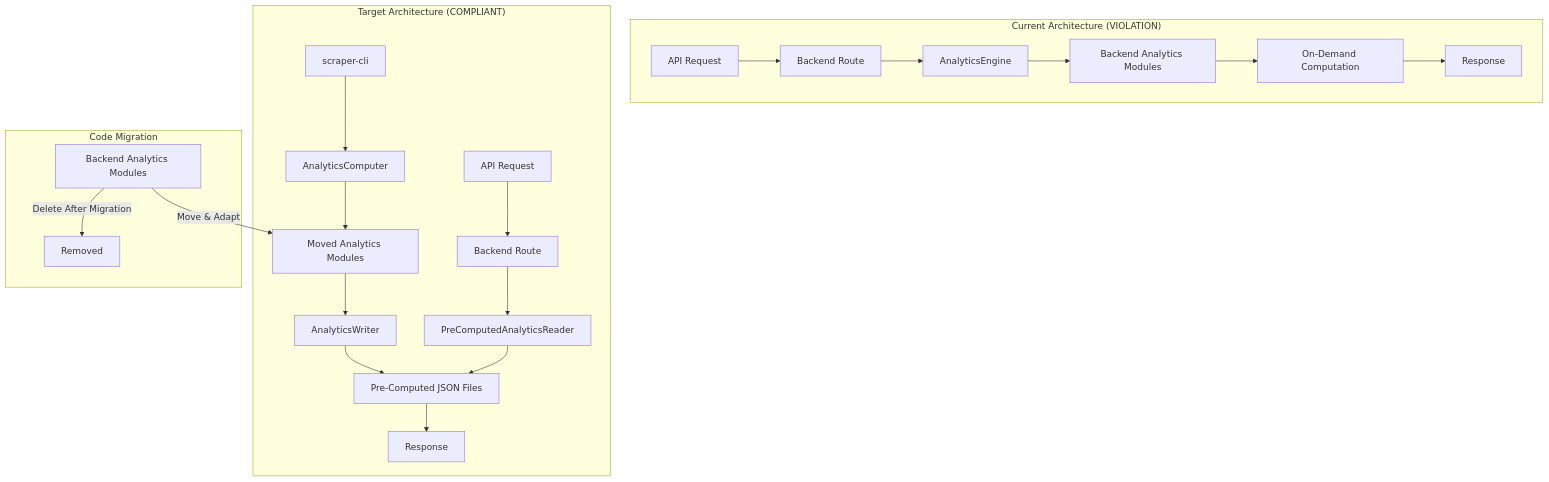
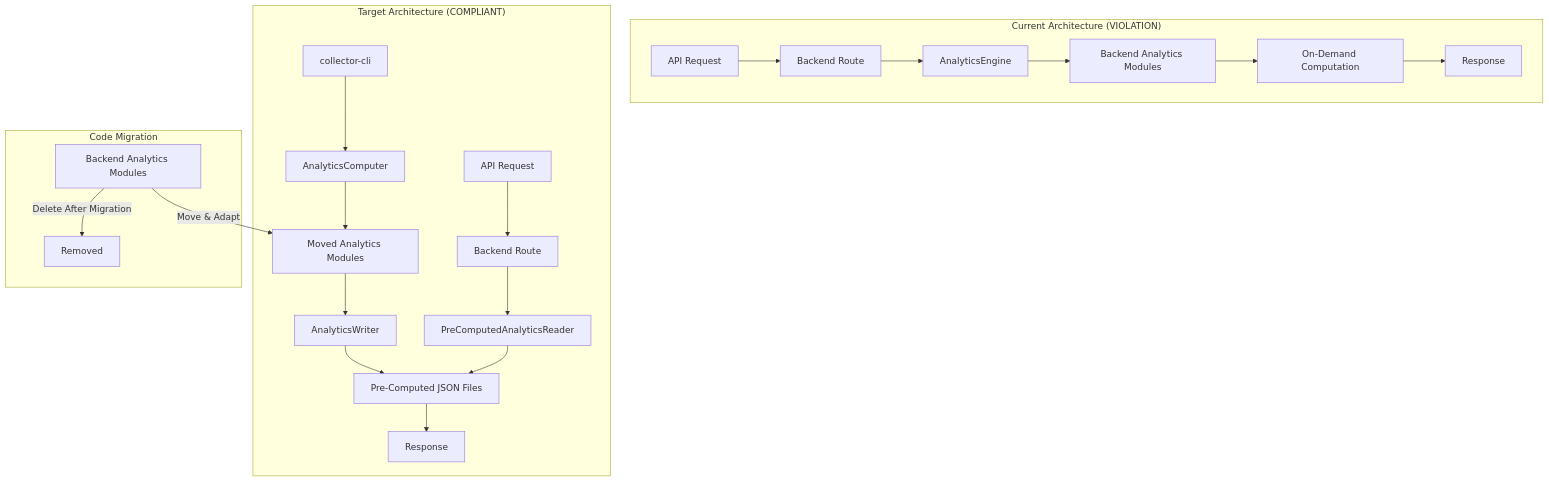
The diagram in .kiro/specs-archive/backend-computation-removal/design.md (rservant/toast-stats), drawn with Mermaid before and after one commit. The commit also changed other lines of this file and 267 other files, not shown here.

First line of the commit message:
refactor: rename scraper-cli to collector-cli across the codebase (#99)

````diff
--- a/.kiro/specs-archive/backend-computation-removal/design.md
+++ b/.kiro/specs-archive/backend-computation-removal/design.md
@@ -34,27 +34,27 @@
 ```mermaid
 flowchart TB
     subgraph "Current Architecture (VIOLATION)"
         A1[API Request] --> B1[Backend Route]
         B1 --> C1[AnalyticsEngine]
         C1 --> D1[Backend Analytics Modules]
         D1 --> E1[On-Demand Computation]
         E1 --> F1[Response]
     end
 
     subgraph "Target Architecture (COMPLIANT)"
         A2[API Request] --> B2[Backend Route]
         B2 --> C2[PreComputedAnalyticsReader]
         C2 --> D2[Pre-Computed JSON Files]
         D2 --> E2[Response]
 
-        G2[scraper-cli] --> H2[AnalyticsComputer]
+        G2[collector-cli] --> H2[AnalyticsComputer]
         H2 --> I2[Moved Analytics Modules]
         I2 --> J2[AnalyticsWriter]
         J2 --> D2
     end
 
     subgraph "Code Migration"
         K[Backend Analytics Modules] -->|Move & Adapt| I2
         K -->|Delete After Migration| L[Removed]
     end
 ```
````
